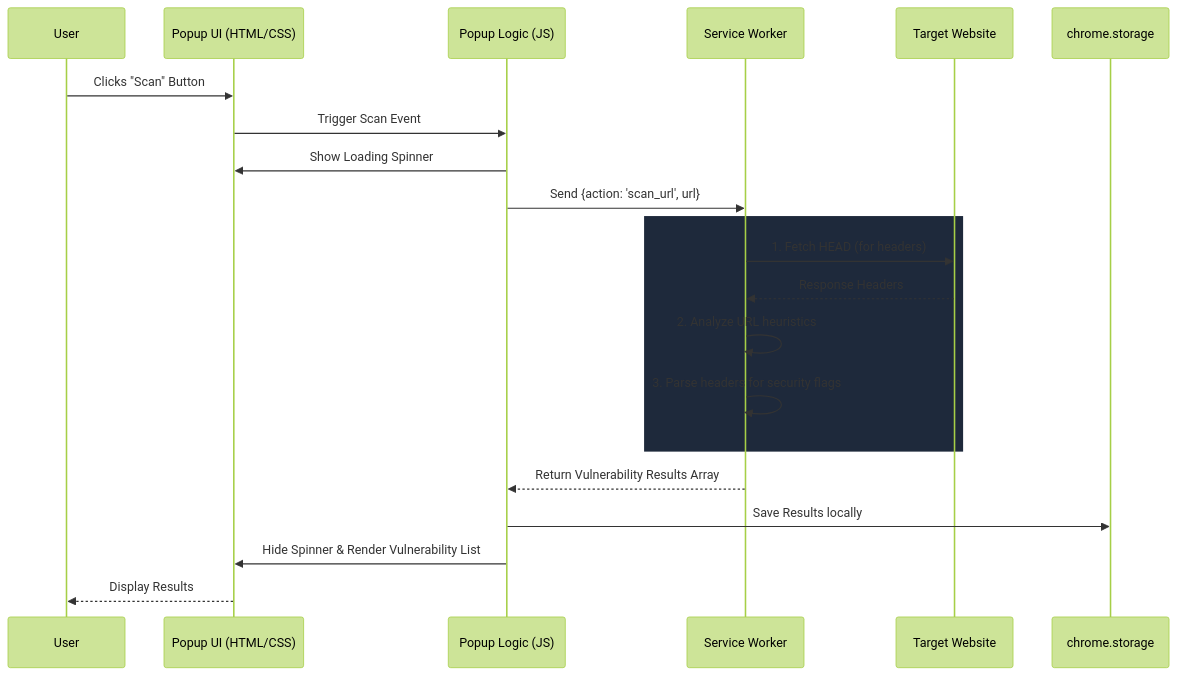
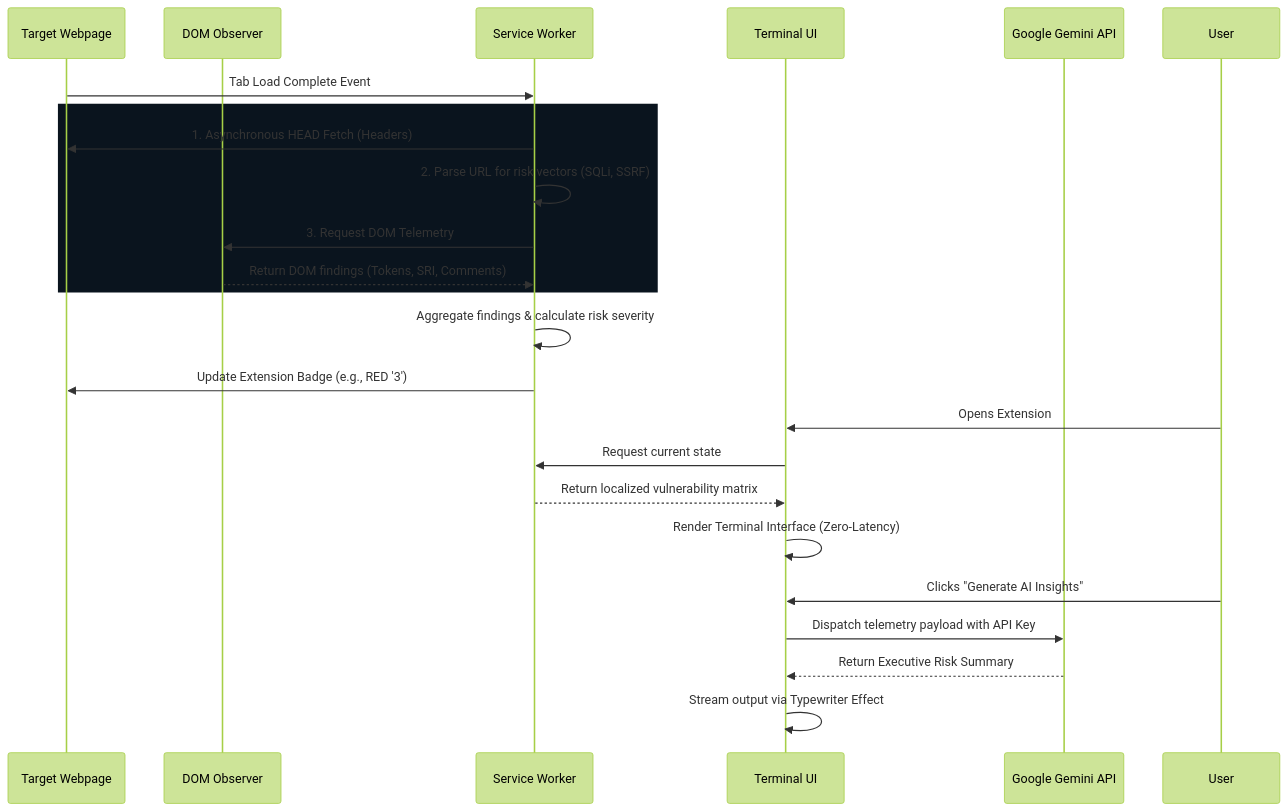
One commit to ashishguleria04/SENTINEL-UI changed the diagram in README.md. Above: the diagram before and after it, drawn with Mermaid (forest theme). The commit also changed other lines of this file, not shown here.

````diff
--- a/README.md
+++ b/README.md
@@ -39,25 +42,30 @@
 ```mermaid
 sequenceDiagram
-    participant User
-    participant PopupUI as Popup UI (HTML/CSS)
-    participant PopupJS as Popup Logic (JS)
+    participant Browser as Target Webpage
+    participant ContentJS as DOM Observer
     participant Background as Service Worker
-    participant TargetWeb as Target Website
+    participant PopupUI as Terminal UI
+    participant GeminiAI as Google Gemini API
 
-    User->>PopupUI: Clicks "Scan" Button
-    PopupUI->>PopupJS: Trigger Scan Event
-    PopupJS->>PopupUI: Show Loading Spinner
-    PopupJS->>Background: Send {action: 'scan_url', url}
+    Browser->>Background: Tab Load Complete Event
     
-    rect rgb(30, 41, 59)
-    Background->>TargetWeb: 1. Fetch HEAD (for headers)
-    TargetWeb-->>Background: Response Headers
-    Background->>Background: 2. Analyze URL heuristics
-    Background->>Background: 3. Parse headers for security flags
+    rect rgb(10, 20, 30)
+    Background->>Browser: 1. Asynchronous HEAD Fetch (Headers)
+    Background->>Background: 2. Parse URL for risk vectors (SQLi, SSRF)
+    Background->>ContentJS: 3. Request DOM Telemetry
+    ContentJS-->>Background: Return DOM findings (Tokens, SRI, Comments)
     end
     
-    Background-->>PopupJS: Return Vulnerability Results Array
-    PopupJS->>chrome.storage: Save Results locally
-    PopupJS->>PopupUI: Hide Spinner & Render Vulnerability List
-    PopupUI-->>User: Display Results
+    Background->>Background: Aggregate findings & calculate risk severity
+    Background->>Browser: Update Extension Badge (e.g., RED '3')
+    
+    User->>PopupUI: Opens Extension
+    PopupUI->>Background: Request current state
+    Background-->>PopupUI: Return localized vulnerability matrix
+    PopupUI->>PopupUI: Render Terminal Interface (Zero-Latency)
+    
+    User->>PopupUI: Clicks "Generate AI Insights"
+    PopupUI->>GeminiAI: Dispatch telemetry payload with API Key
+    GeminiAI-->>PopupUI: Return Executive Risk Summary
+    PopupUI->>PopupUI: Stream output via Typewriter Effect
 ```
````
